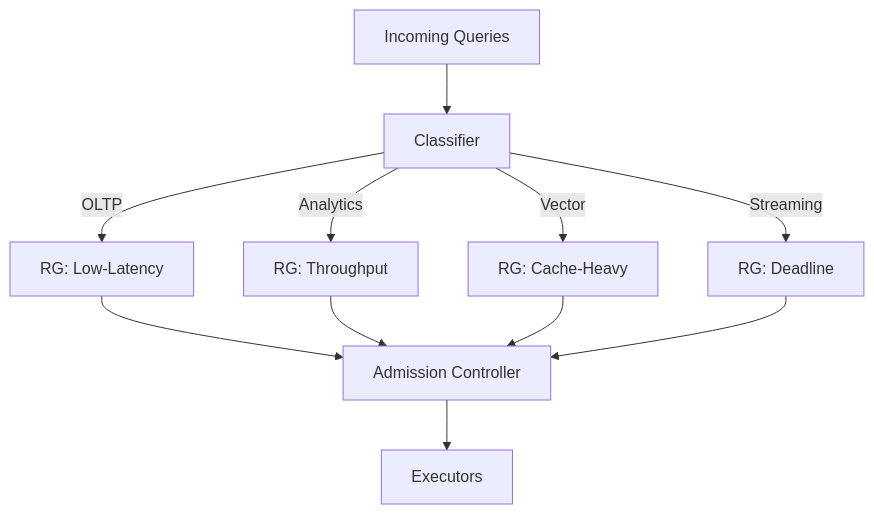
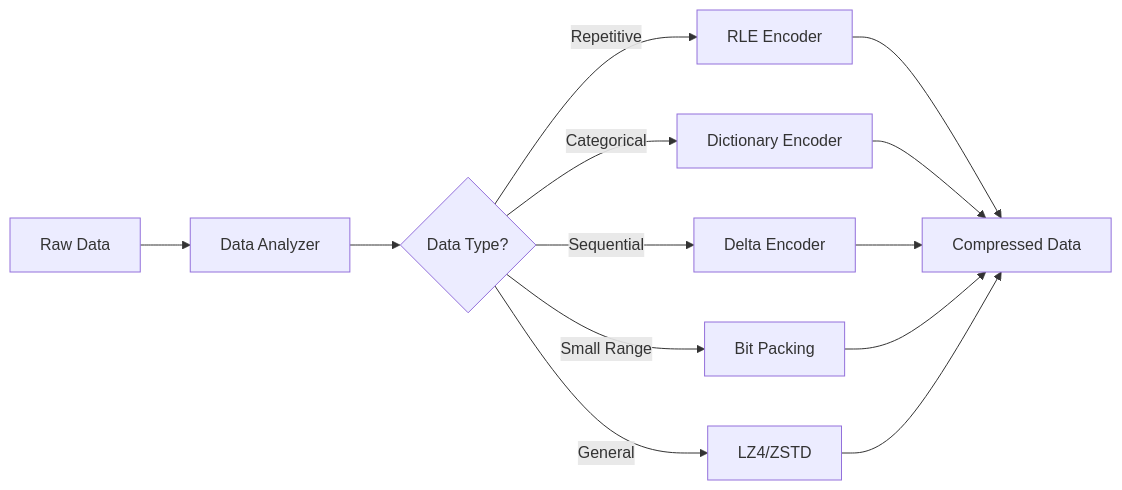
One commit to hoangsonww/LatticeDB-NextGen-DBMS changed the seventh of 8 diagrams in ARCHITECTURE.md. Above: the diagram before and after it, drawn with Mermaid. The commit also changed other lines of this file and 177 other files, not shown here.

````diff
--- a/ARCHITECTURE.md
+++ b/ARCHITECTURE.md
@@ -497,13 +251,17 @@
 ```mermaid
-flowchart TD
-  IN[Incoming Queries] --> CLASS[Classifier]
-  CLASS -->|OLTP| RG1[RG: Low-Latency]
-  CLASS -->|Analytics| RG2[RG: Throughput]
-  CLASS -->|Vector| RG3[RG: Cache-Heavy]
-  CLASS -->|Streaming| RG4[RG: Deadline]
-  RG1 --> ADM[Admission Controller]
-  RG2 --> ADM
-  RG3 --> ADM
-  RG4 --> ADM
-  ADM --> RUN[Executors]
+flowchart LR
+    Data[Raw Data] --> Analyzer[Data Analyzer]
+    Analyzer --> Type{Data Type?}
+
+    Type -->|Repetitive| RLE[RLE Encoder]
+    Type -->|Categorical| Dict[Dictionary Encoder]
+    Type -->|Sequential| Delta[Delta Encoder]
+    Type -->|Small Range| Bit[Bit Packing]
+    Type -->|General| LZ4[LZ4/ZSTD]
+
+    RLE --> Compressed
+    Dict --> Compressed
+    Delta --> Compressed
+    Bit --> Compressed
+    LZ4 --> Compressed[Compressed Data]
 ```
````
